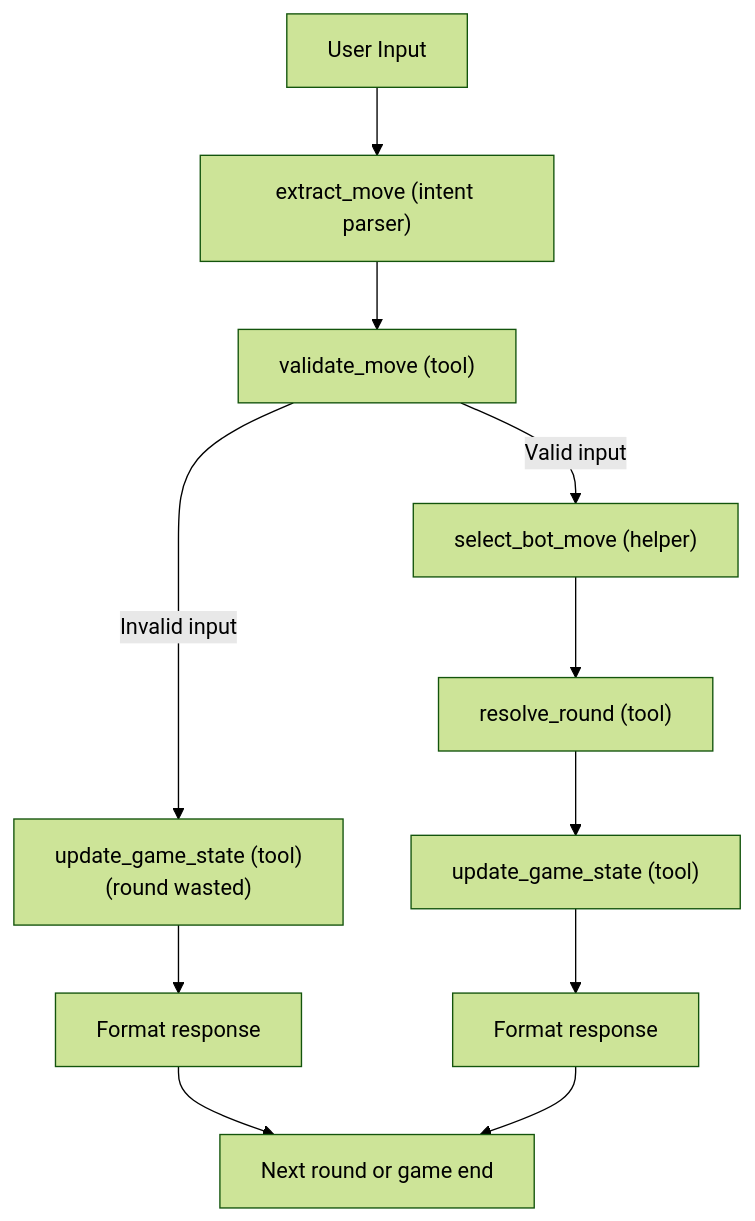
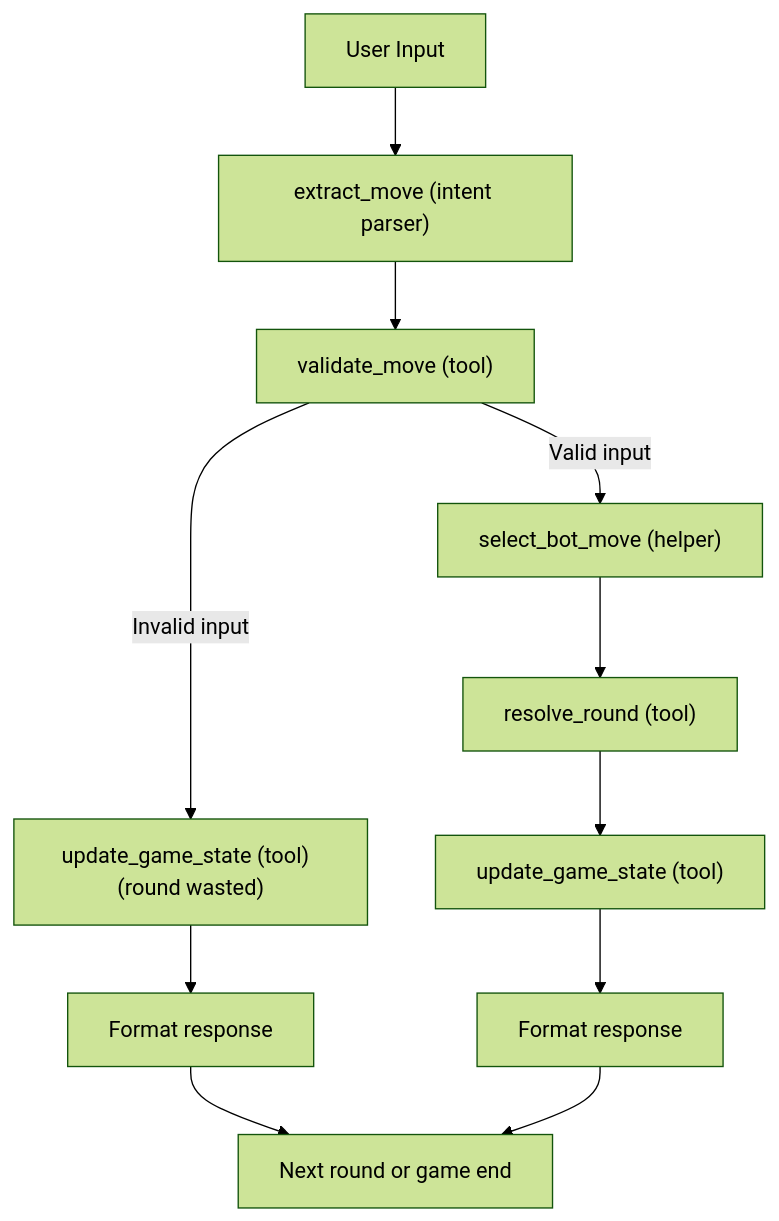
The diagram in README.md (Parthnuwal7/spsb), drawn with Mermaid (forest theme) before and after one commit.

Commit message:
Fix formatting in flowchart for invalid input

````diff
--- a/README.md
+++ b/README.md
@@ -14,15 +14,15 @@
 ```mermaid
 flowchart TD
     A[User Input] --> B["extract_move (intent parser)"]
     B --> C["validate_move (tool)"]
 
-    C -->|Invalid input| D["update_game_state (tool) \n (round wasted)"]
+    C -->|Invalid input| D["update_game_state (tool)  (round wasted)"]
     D --> E[Format response]
     E --> F[Next round or game end]
 
     C -->|Valid input| G["select_bot_move (helper)"]
     G --> H["resolve_round (tool)"]
     H --> I["update_game_state (tool)"]
     I --> J[Format response]
     J --> F
 ```
````
